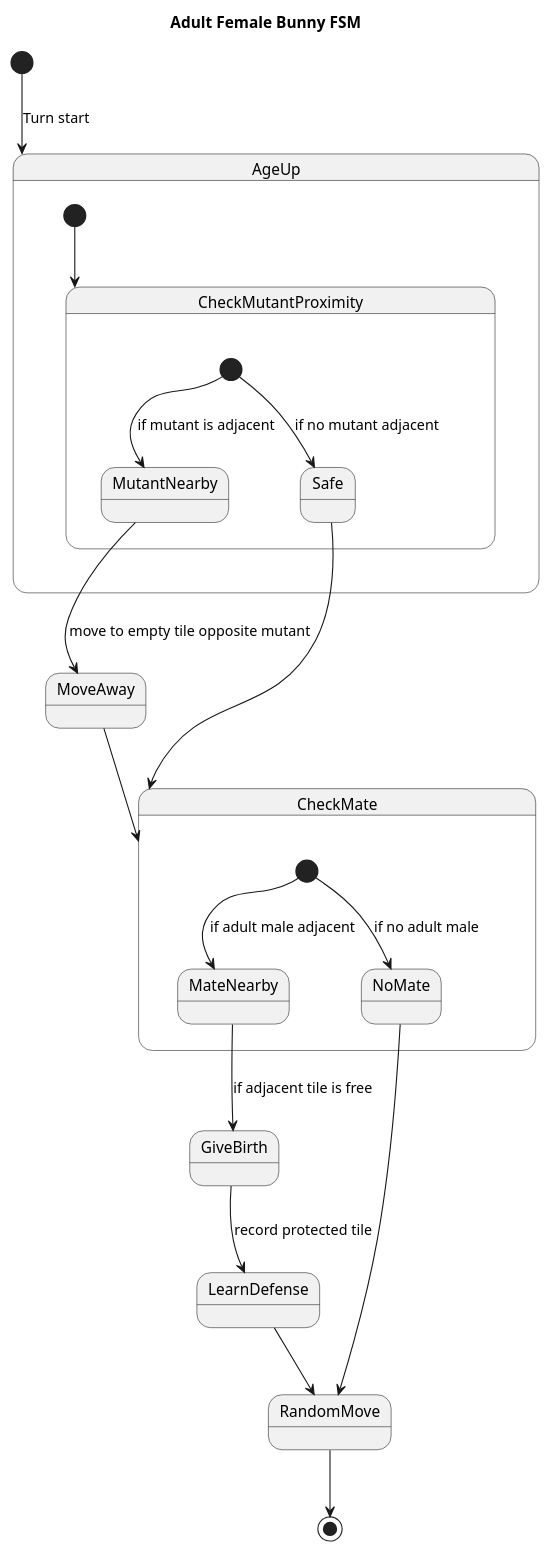
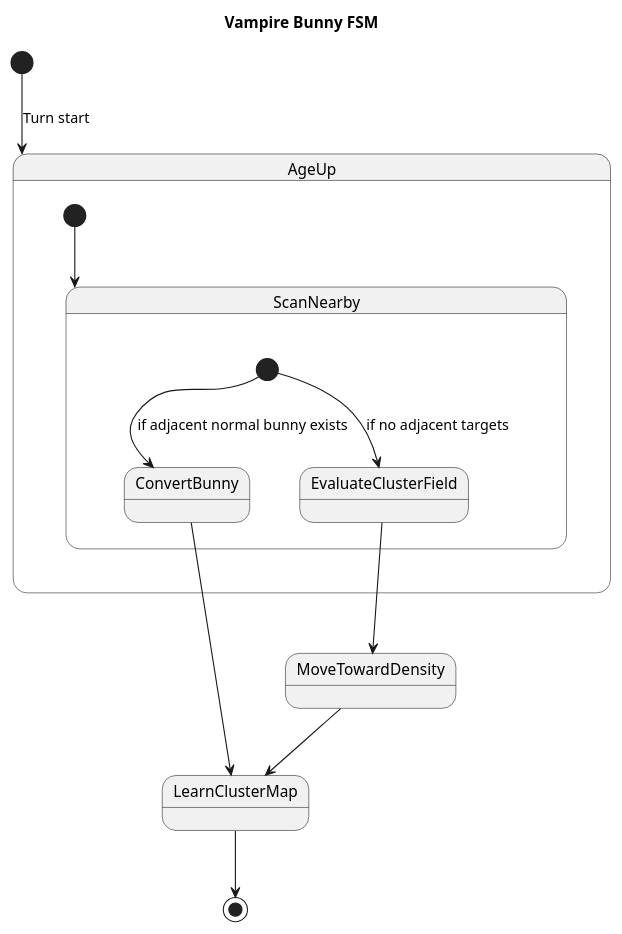
The diagram in fsm/vampire_fsm.puml (brayii/AIBSIMS), drawn with PlantUML before and after one commit. The commit also changed other lines of this file and 6 other files, not shown here.

```diff
--- a/fsm/vampire_fsm.puml
+++ b/fsm/vampire_fsm.puml
@@ -1,32 +1,20 @@
 @startuml
-title Adult Female Bunny FSM
+title Vampire Bunny FSM
 
 [*] --> AgeUp : Turn start
 
 state AgeUp {
-  [*] --> CheckMutantProximity
+  [*] --> ScanNearby
 }
 
-state CheckMutantProximity <<decision>> {
-  [*] --> MutantNearby : if mutant is adjacent
-  [*] --> Safe : if no mutant adjacent
+state ScanNearby <<decision>> {
+  [*] --> ConvertBunny : if adjacent normal bunny exists
+  [*] --> EvaluateClusterField : if no adjacent targets
 }
 
-MutantNearby --> MoveAway : move to empty tile opposite mutant
-MoveAway --> CheckMate
-
-Safe --> CheckMate
-
-state CheckMate <<decision>> {
-  [*] --> MateNearby : if adult male adjacent
-  [*] --> NoMate : if no adult male
-}
-
-MateNearby --> GiveBirth : if adjacent tile is free
-GiveBirth --> LearnDefense : record protected tile
-
-NoMate --> RandomMove
-LearnDefense --> RandomMove
-RandomMove --> [*]
+ConvertBunny --> LearnClusterMap
+EvaluateClusterField --> MoveTowardDensity
+MoveTowardDensity --> LearnClusterMap
+LearnClusterMap --> [*]
 
 @enduml
```
